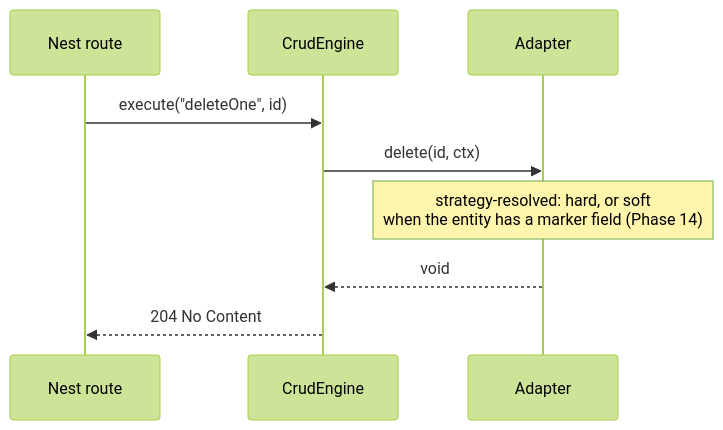
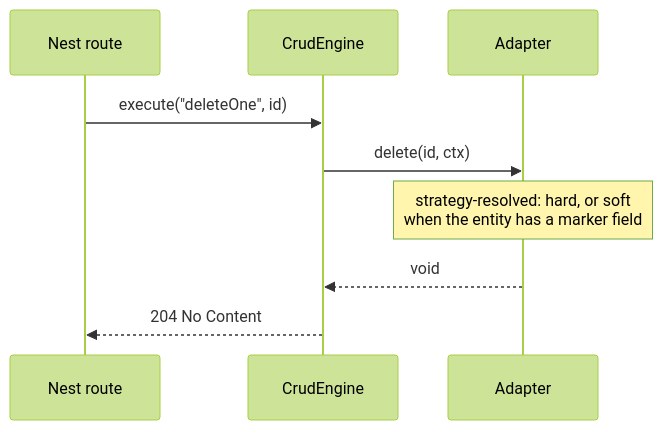
The fifth of 5 diagrams in packages/docs/architecture/01-system-architecture.md (hosseinsalemi/crudo), drawn with Mermaid (forest theme) before and after one commit. The commit also changed other lines of this file and 135 other files, not shown here.

````diff
--- a/packages/docs/architecture/01-system-architecture.md
+++ b/packages/docs/architecture/01-system-architecture.md
@@ -215,11 +215,11 @@
 ```mermaid
 sequenceDiagram
     participant C as Nest route
     participant E as CrudEngine
     participant A as Adapter
     C->>E: execute("deleteOne", id)
     E->>A: delete(id, ctx)
-    Note over A: strategy-resolved: hard, or soft<br/>when the entity has a marker field (Phase 14)
+    Note over A: strategy-resolved: hard, or soft<br/>when the entity has a marker field
     A-->>E: void
     E-->>C: 204 No Content
 ```
````
